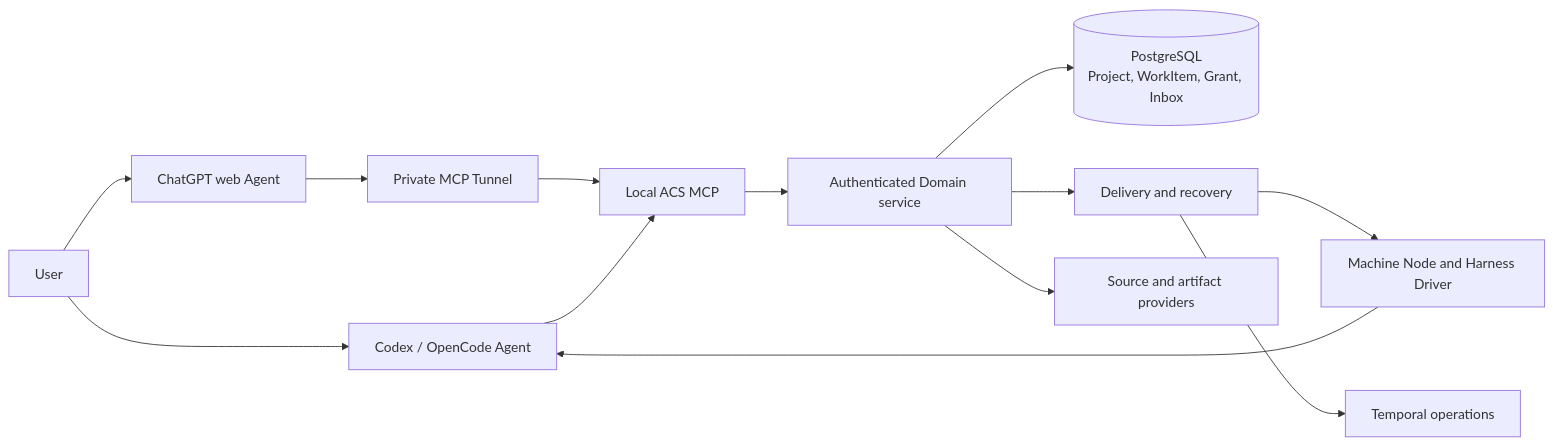
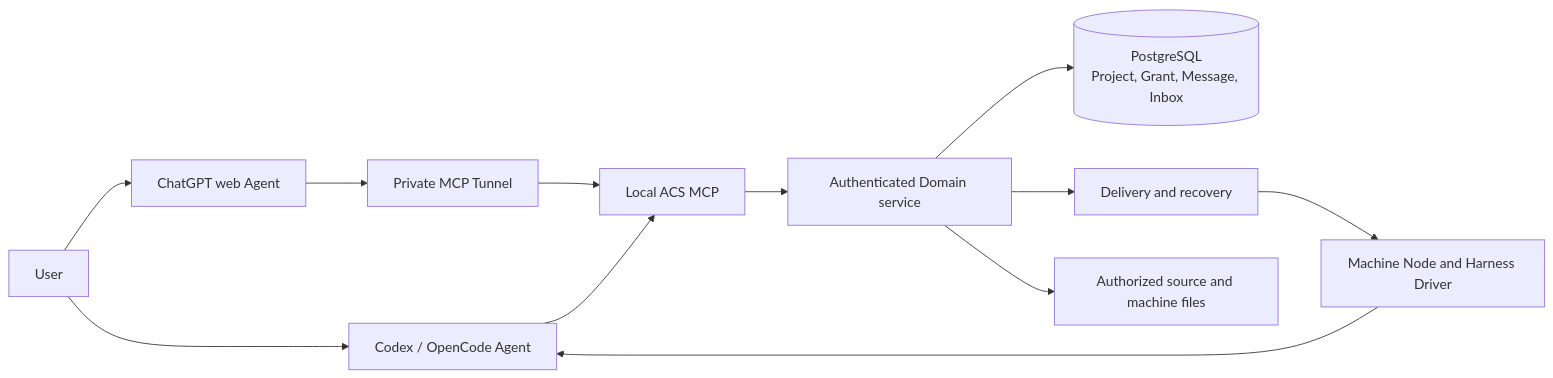
The second of 3 diagrams in README.md (D1ChangGeng/Agent-collaboration), drawn with Mermaid before and after one commit. The commit also changed other lines of this file and 40 other files, not shown here.

````diff
--- a/README.md
+++ b/README.md
@@ -151,15 +158,14 @@
 ```mermaid
 flowchart LR
     U[User] --> H[Codex / OpenCode Agent]
     U --> W[ChatGPT web Agent]
     W --> T[Private MCP Tunnel]
     T --> M[Local ACS MCP]
     H --> M
     M --> D[Authenticated Domain service]
-    D --> P[(PostgreSQL<br/>Project, WorkItem, Grant, Inbox)]
+    D --> P[(PostgreSQL<br/>Project, Grant, Message, Inbox)]
     D --> O[Delivery and recovery]
     O --> N[Machine Node and Harness Driver]
-    O --> Q[Temporal operations]
     N --> H
-    D --> S[Source and artifact providers]
+    D --> S[Authorized source and machine files]
 ```
````
